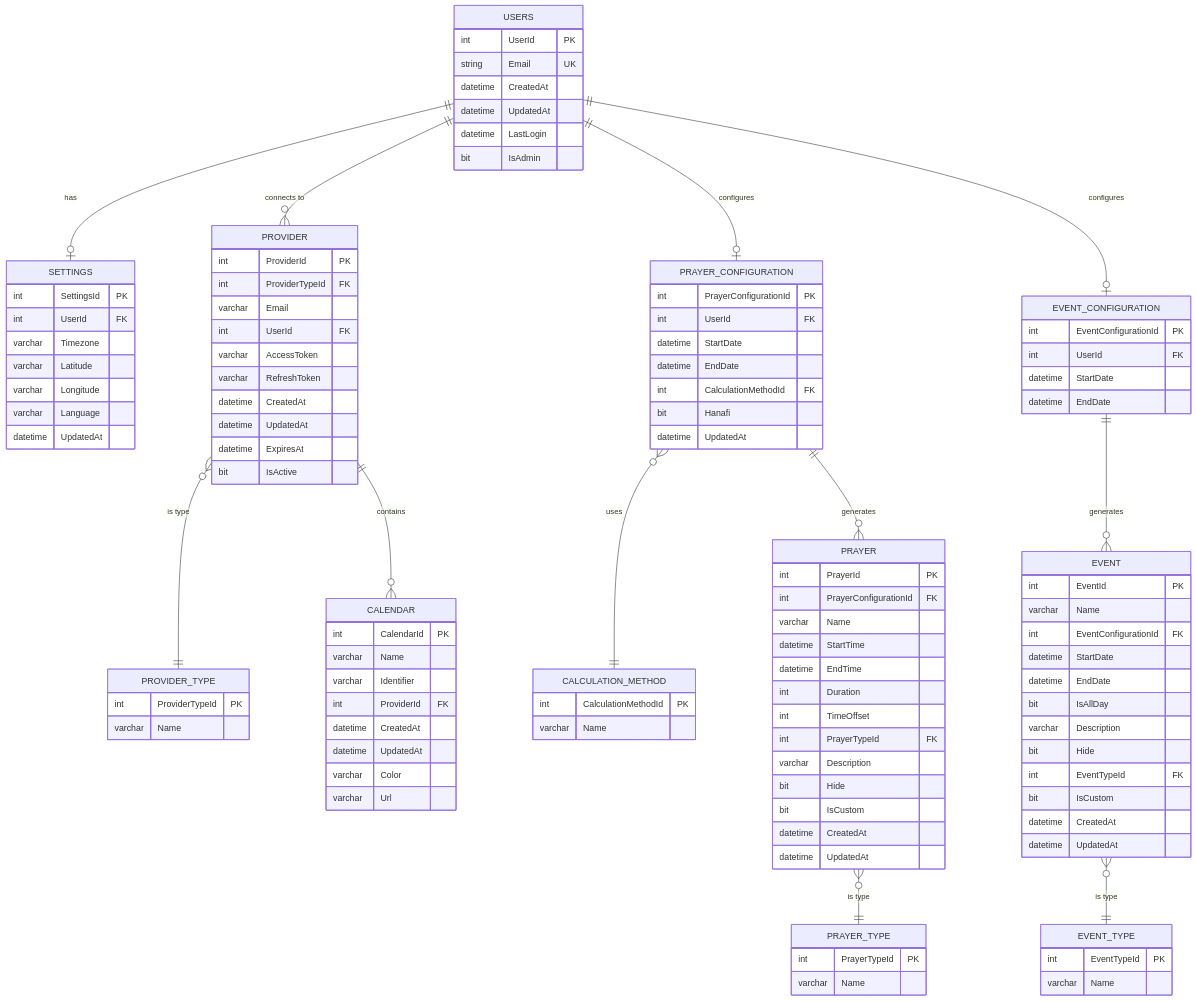
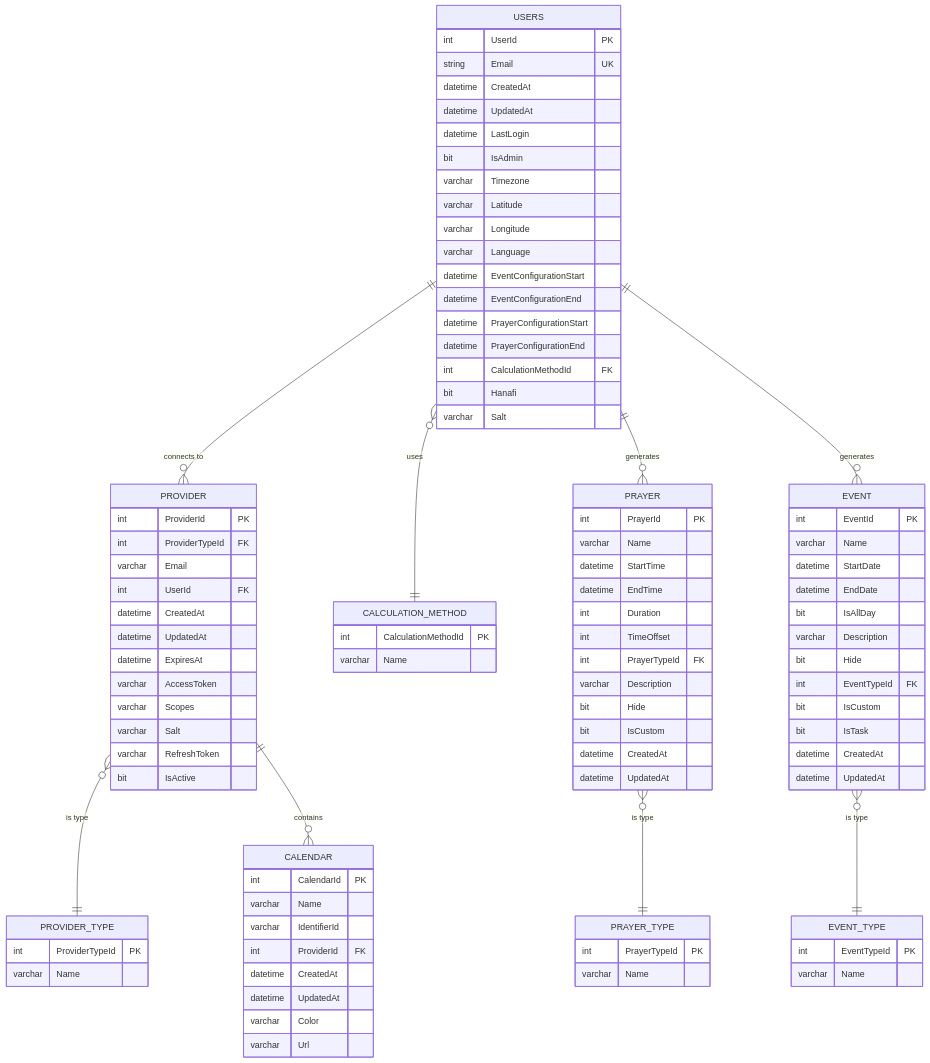
The diagram in _wiki/entity_overview_and_design.md (mdw223/Islamic-Calendar-Sync), drawn with Mermaid before and after one commit. The commit also changed other lines of this file and 1 other file, not shown here.

Commit message:
#9 updated data models. Consolidated one to one relationships

````diff
--- a/_wiki/entity_overview_and_design.md
+++ b/_wiki/entity_overview_and_design.md
@@ -83,16 +74,17 @@
         datetime UpdatedAt
         datetime LastLogin
         bit IsAdmin
-    }
-
-    SETTINGS {
-        int SettingsId PK
-        int UserId FK
         varchar Timezone
         varchar Latitude
         varchar Longitude
         varchar Language
-        datetime UpdatedAt
+        datetime EventConfigurationStart
+        datetime EventConfigurationEnd
+        datetime PrayerConfigurationStart
+        datetime PrayerConfigurationEnd
+        int CalculationMethodId FK
+        bit Hanafi
+        varchar Salt
     }
 
     PROVIDER {
@@ -100,11 +92,13 @@
         int ProviderTypeId FK
         varchar Email
         int UserId FK
-        varchar AccessToken
-        varchar RefreshToken
         datetime CreatedAt
         datetime UpdatedAt
         datetime ExpiresAt
+        varchar AccessToken
+        varchar Scopes
+        varchar Salt
+        varchar RefreshToken
         bit IsActive
     }
 
@@ -116,22 +110,12 @@
     CALENDAR {
         int CalendarId PK
         varchar Name
-        varchar Identifier
+        varchar IdentifierId
         int ProviderId FK
         datetime CreatedAt
         datetime UpdatedAt
         varchar Color
         varchar Url
-    }
-
-    PRAYER_CONFIGURATION {
-        int PrayerConfigurationId PK
-        int UserId FK
-        datetime StartDate
-        datetime EndDate
-        int CalculationMethodId FK
-        bit Hanafi
-        datetime UpdatedAt
     }
 
     CALCULATION_METHOD {
@@ -141,7 +125,6 @@
 
     PRAYER {
         int PrayerId PK
-        int PrayerConfigurationId FK
         varchar Name
         datetime StartTime
         datetime EndTime
@@ -160,17 +143,9 @@
         varchar Name
     }
 
-    EVENT_CONFIGURATION {
-        int EventConfigurationId PK
-        int UserId FK
-        datetime StartDate
-        datetime EndDate
-    }
-
     EVENT {
         int EventId PK
         varchar Name
-        int EventConfigurationId FK
         datetime StartDate
         datetime EndDate
         bit IsAllDay
@@ -178,6 +153,7 @@
         bit Hide
         int EventTypeId FK
         bit IsCustom
+        bit IsTask
         datetime CreatedAt
         datetime UpdatedAt
     }
@@ -187,15 +163,12 @@
         varchar Name
     }
 
-    USERS ||--o| SETTINGS : "has"
     USERS ||--o{ PROVIDER : "connects to"
     PROVIDER }o--|| PROVIDER_TYPE : "is type"
     PROVIDER ||--o{ CALENDAR : "contains"
-    USERS ||--o| PRAYER_CONFIGURATION : "configures"
-    PRAYER_CONFIGURATION }o--|| CALCULATION_METHOD : "uses"
-    PRAYER_CONFIGURATION ||--o{ PRAYER : "generates"
+    USERS }o--|| CALCULATION_METHOD : "uses"
+    USERS ||--o{ PRAYER : "generates"
     PRAYER }o--|| PRAYER_TYPE : "is type"
-    USERS ||--o| EVENT_CONFIGURATION : "configures"
-    EVENT_CONFIGURATION ||--o{ EVENT : "generates"
+    USERS ||--o{ EVENT : "generates"
     EVENT }o--|| EVENT_TYPE : "is type"
 ```
````
